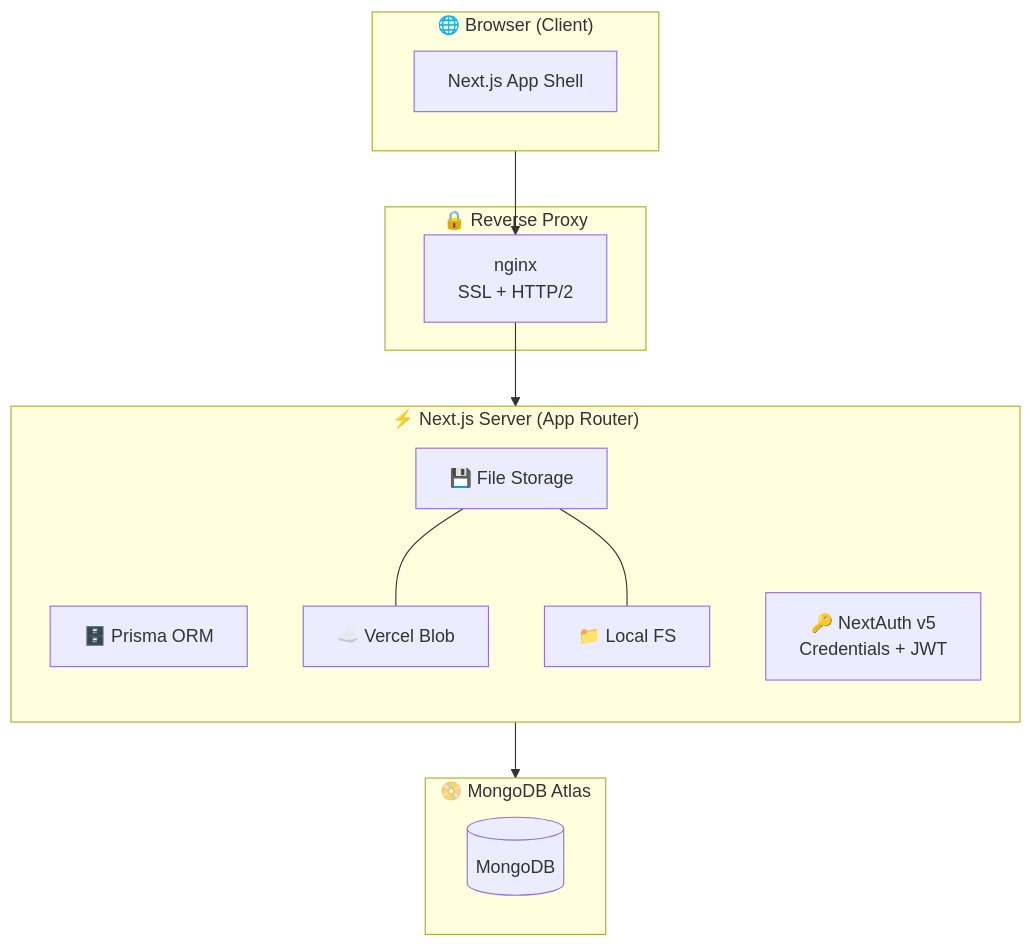
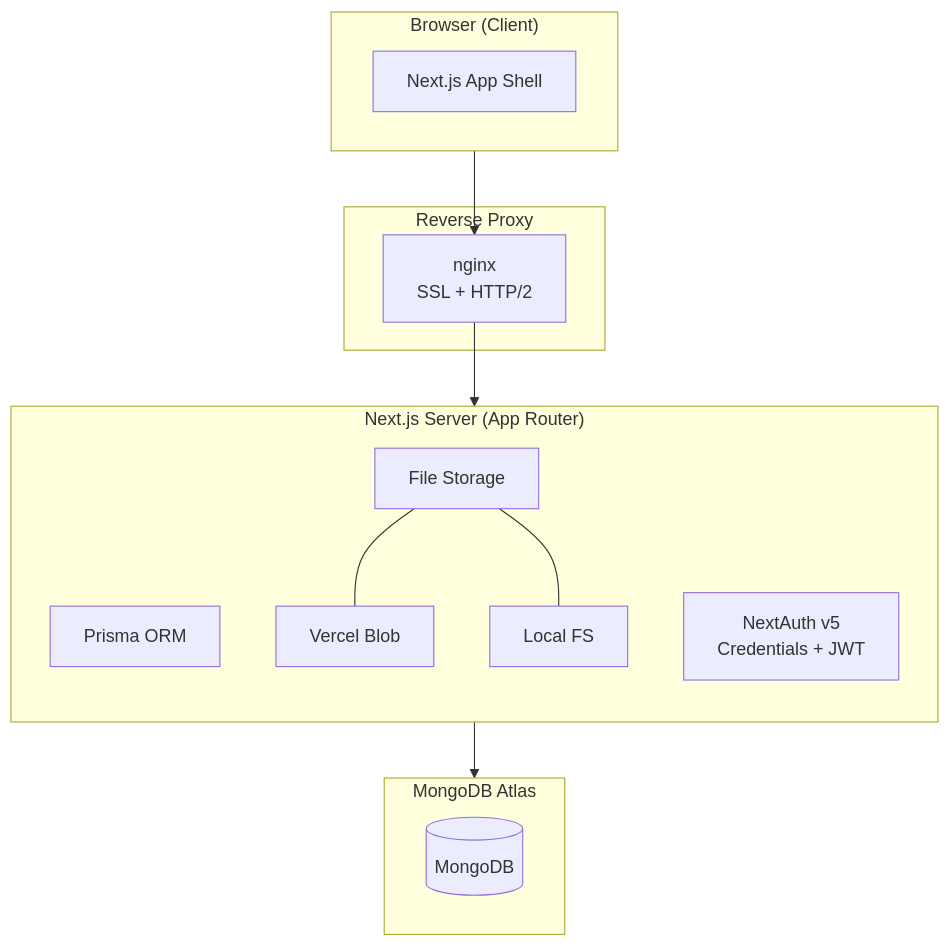
Before and after one commit to Teeraphat2104/portfolio_Teeraphat: the first of 12 diagrams in src/content/university.md, drawn with Mermaid. The commit also changed other lines of this file and 4 other files, not shown here.

````diff
--- a/src/content/university.md
+++ b/src/content/university.md
@@ -154,29 +78,29 @@
 ```mermaid
 flowchart TB
-    subgraph Client["🌐 Browser (Client)"]
+    subgraph Client["Browser (Client)"]
         UI[Next.js App Shell]
     end
 
-    subgraph Proxy["🔒 Reverse Proxy"]
+    subgraph Proxy["Reverse Proxy"]
         NGINX["nginx\nSSL + HTTP/2"]
     end
 
-    subgraph Server["⚡ Next.js Server (App Router)"]
+    subgraph Server["Next.js Server (App Router)"]
         direction TB
-        Prisma["🗄️ Prisma ORM"]
-        Auth["🔑 NextAuth v5\nCredentials + JWT"]
-        Storage["💾 File Storage"]
-        Blob["☁️ Vercel Blob"]
-        LocalFS["📁 Local FS"]
+        Prisma["Prisma ORM"]
+        Auth["NextAuth v5\nCredentials + JWT"]
+        Storage["File Storage"]
+        Blob["Vercel Blob"]
+        LocalFS["Local FS"]
         Storage --- Blob
         Storage --- LocalFS
     end
 
-    subgraph DB["📀 MongoDB Atlas"]
+    subgraph DB["MongoDB Atlas"]
         Mongo[(MongoDB)]
     end
 
     Client --> NGINX
     NGINX --> Server
     Server --> DB
 ```
````
